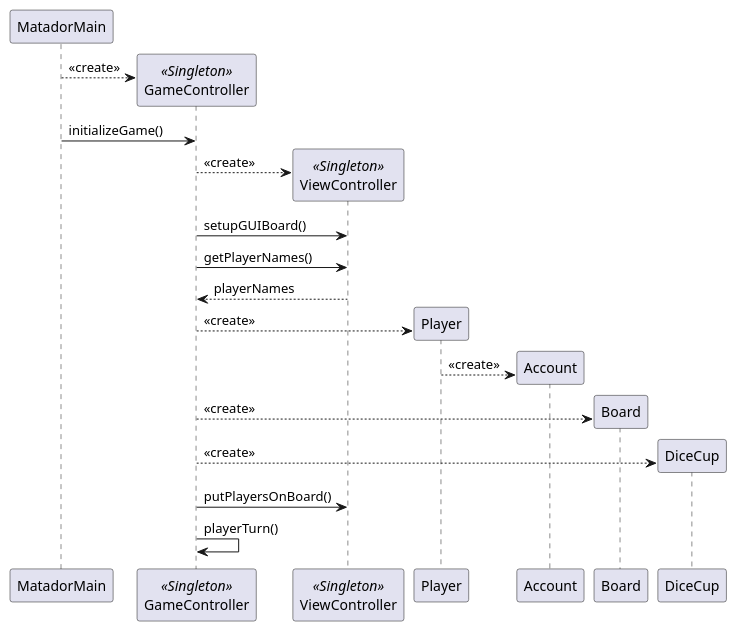
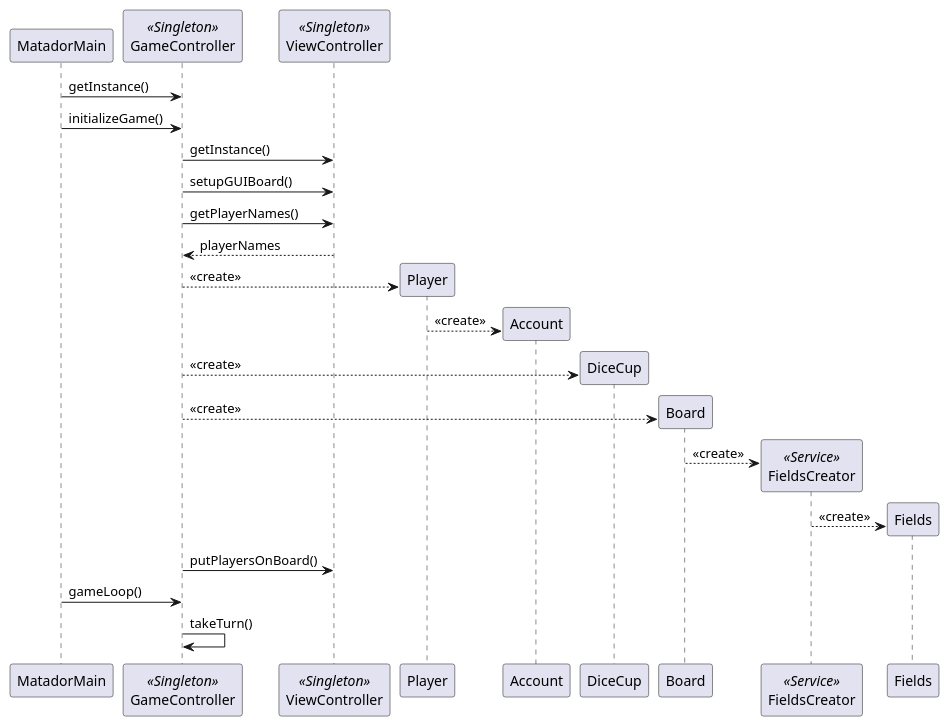
Before and after one commit to GabeKierk889/gruppe-18: the diagram in 18_final/UML/SequenceDiagrams/DesignSequenceDiagramInitializeGame.puml, drawn with PlantUML. The commit also changed 3 other files, not shown here.

```diff
--- a/18_final/UML/SequenceDiagrams/DesignSequenceDiagramInitializeGame.puml
+++ b/18_final/UML/SequenceDiagrams/DesignSequenceDiagramInitializeGame.puml
@@ -1,40 +1,52 @@
 @startuml
 'https://plantuml.com/sequence-diagram
 
 'autonumber
 
-create MatadorMain
-create GameController <<Singleton>>
+Participant MatadorMain
+Participant GameController <<Singleton>>
+Participant ViewController <<Singleton>>
 
-MatadorMain --> GameController : «create»
+
+MatadorMain -> GameController : getInstance()
 MatadorMain -> GameController : initializeGame()
 
-create ViewController <<Singleton>>
-
-GameController --> ViewController : «create»
+GameController -> ViewController : getInstance()
 
 GameController -> ViewController : setupGUIBoard()
 GameController -> ViewController : getPlayerNames()
 ViewController --> GameController : playerNames
 
 create Player
 
 GameController --> Player : «create»
 
 create Account
 
 Player --> Account : «create»
 
+create DiceCup
+
+GameController --> DiceCup : «create»
+
 create Board
 
 GameController --> Board : «create»
 
-create DiceCup
+create FieldsCreator <<Service>>
 
-GameController --> DiceCup : «create»
+Board --> FieldsCreator : «create»
+
+create Fields
+
+FieldsCreator --> Fields : «create»
+
 
 GameController -> ViewController : putPlayersOnBoard()
 
-GameController -> GameController : playerTurn()
+MatadorMain -> GameController : gameLoop()
+
+GameController -> GameController : takeTurn()
+
 
 @enduml
```
